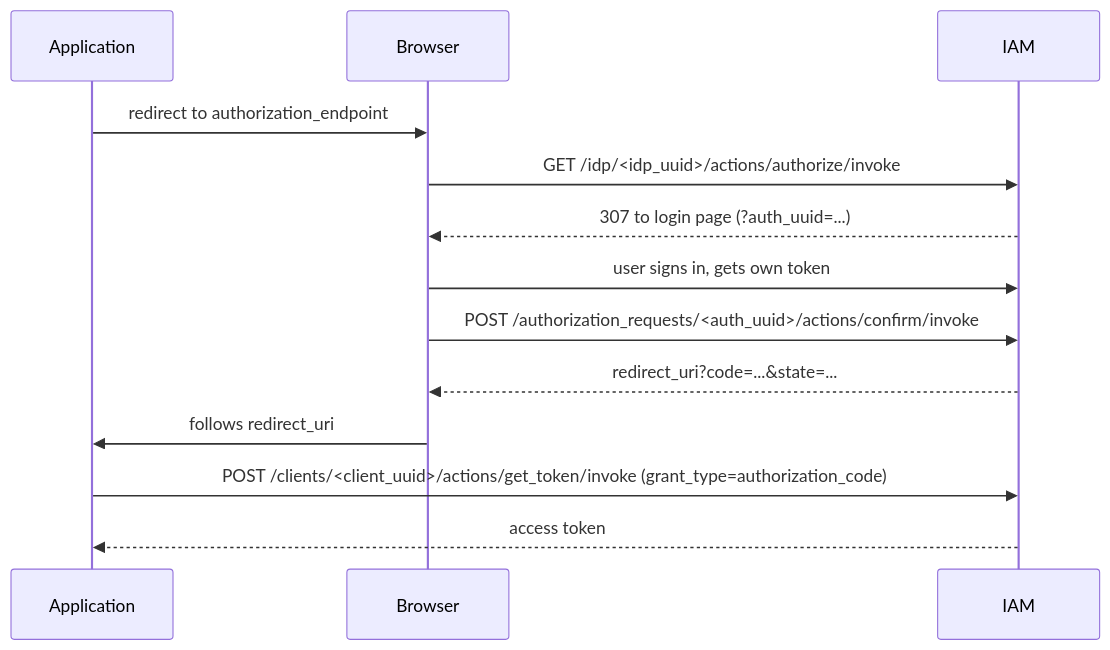
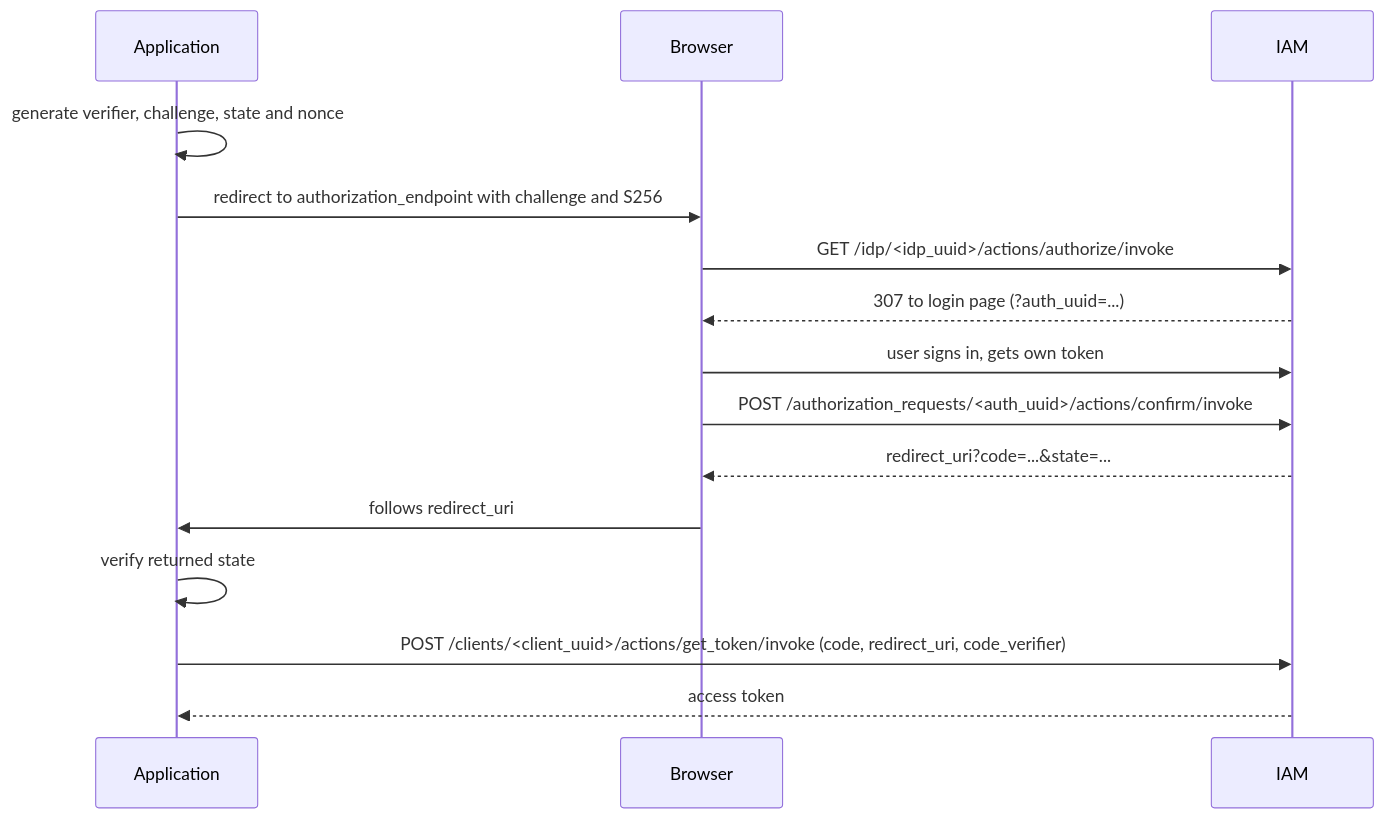
Before and after one commit to exordos/exordos_core: the diagram in docs/iam/authorization_code.md, drawn with Mermaid. The commit also changed other lines of this file and 1 other file, not shown here.

Commit message:
docs(iam): explain PKCE in authorization code flow

````diff
--- a/docs/iam/authorization_code.md
+++ b/docs/iam/authorization_code.md
@@ -50,15 +57,17 @@
 ```mermaid
 sequenceDiagram
     participant App as Application
     participant Browser
     participant IAM
-    App->>Browser: redirect to authorization_endpoint
+    App->>App: generate verifier, challenge, state and nonce
+    App->>Browser: redirect to authorization_endpoint with challenge and S256
     Browser->>IAM: GET /idp/<idp_uuid>/actions/authorize/invoke
     IAM-->>Browser: 307 to login page (?auth_uuid=...)
     Browser->>IAM: user signs in, gets own token
     Browser->>IAM: POST /authorization_requests/<auth_uuid>/actions/confirm/invoke
     IAM-->>Browser: redirect_uri?code=...&state=...
     Browser->>App: follows redirect_uri
-    App->>IAM: POST /clients/<client_uuid>/actions/get_token/invoke (grant_type=authorization_code)
+    App->>App: verify returned state
+    App->>IAM: POST /clients/<client_uuid>/actions/get_token/invoke (code, redirect_uri, code_verifier)
     IAM-->>App: access token
 ```
````
